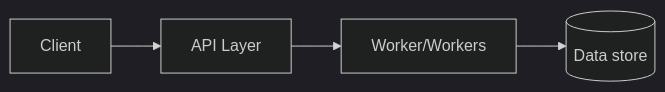
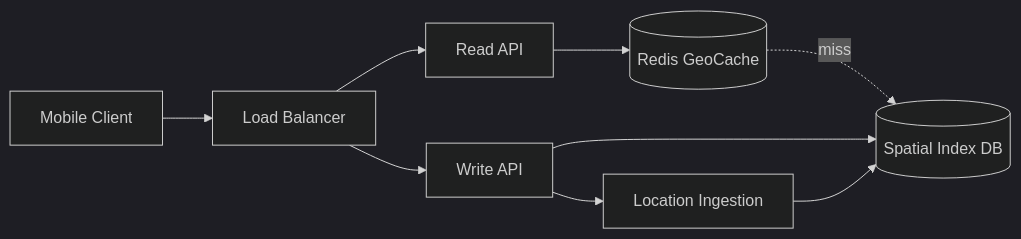
Before and after one commit to huangsam/systology: the diagram in site/content/designs/proximity-service.md, drawn with Mermaid (dark theme). The commit also changed other lines of this file, not shown here.

```diff
--- a/site/content/designs/proximity-service.md
+++ b/site/content/designs/proximity-service.md
@@ -25,6 +23,11 @@
 {{< mermaid >}}
 graph LR
-  Client --> API[API Layer]
-  API --> Worker[Worker/Workers]
-  Worker --> Store[(Data store)]
+  Mobile[Mobile Client] --> LB[Load Balancer]
+  LB --> ReadAPI[Read API]
+  LB --> WriteAPI[Write API]
+  ReadAPI --> Cache[(Redis GeoCache)]
+  Cache -.->|miss| SpatialDB[(Spatial Index DB)]
+  WriteAPI --> SpatialDB
+  WriteAPI --> Ingest[Location Ingestion]
+  Ingest --> SpatialDB
 {{< /mermaid >}}
```
